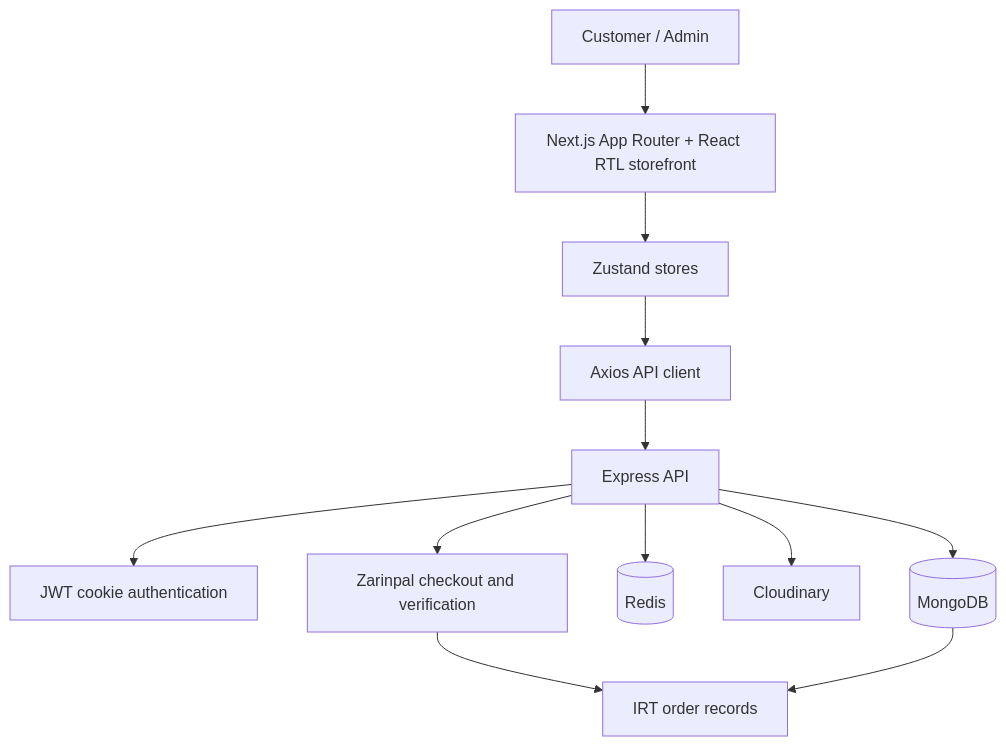
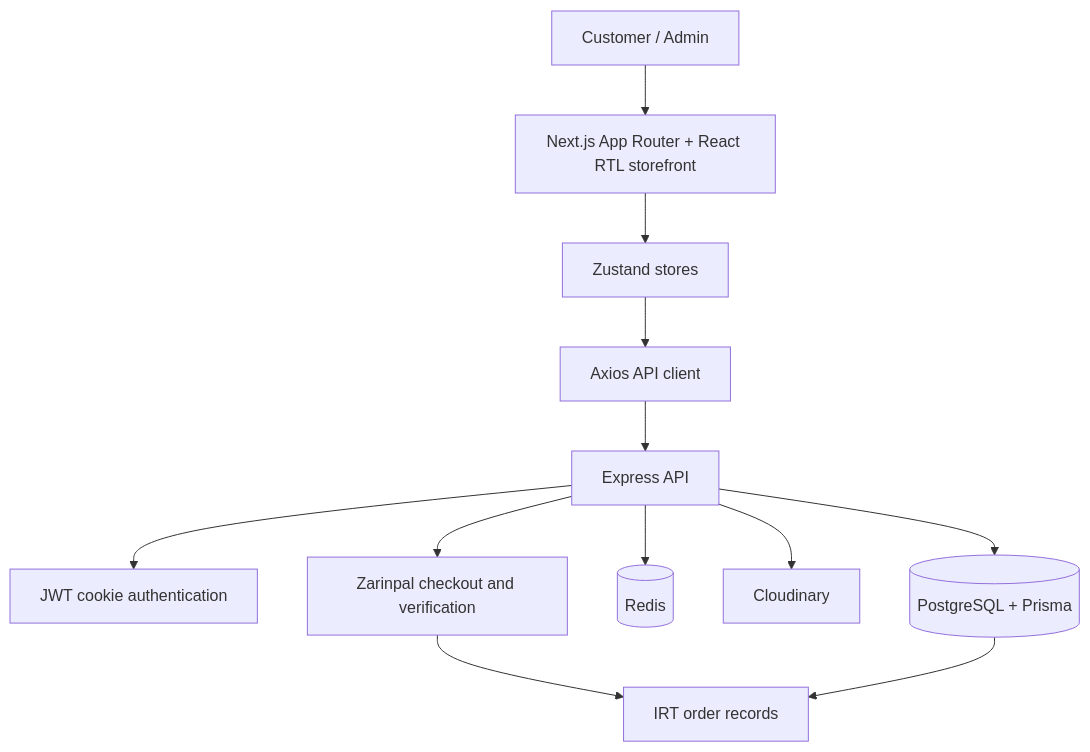
One commit to ItsWanheda/mern-ecommerce changed the diagram in README.md. Above: the diagram before and after it, drawn with Mermaid. The commit also changed other lines of this file and 58 other files, not shown here.

Commit message:
feat: migrate backend to PostgreSQL

````diff
--- a/README.md
+++ b/README.md
@@ -63,14 +63,14 @@
 ```mermaid
 flowchart TD
     Customer[Customer / Admin] --> Web[Next.js App Router + React RTL storefront]
     Web --> State[Zustand stores]
     State --> Client[Axios API client]
     Client --> API[Express API]
     API --> Auth[JWT cookie authentication]
-    API --> DB[(MongoDB)]
+    API --> DB[(PostgreSQL + Prisma)]
     API --> Redis[(Redis)]
     API --> Media[Cloudinary]
     API --> Checkout[Zarinpal checkout and verification]
     Checkout --> Orders[IRT order records]
     DB --> Orders
 ```
````
